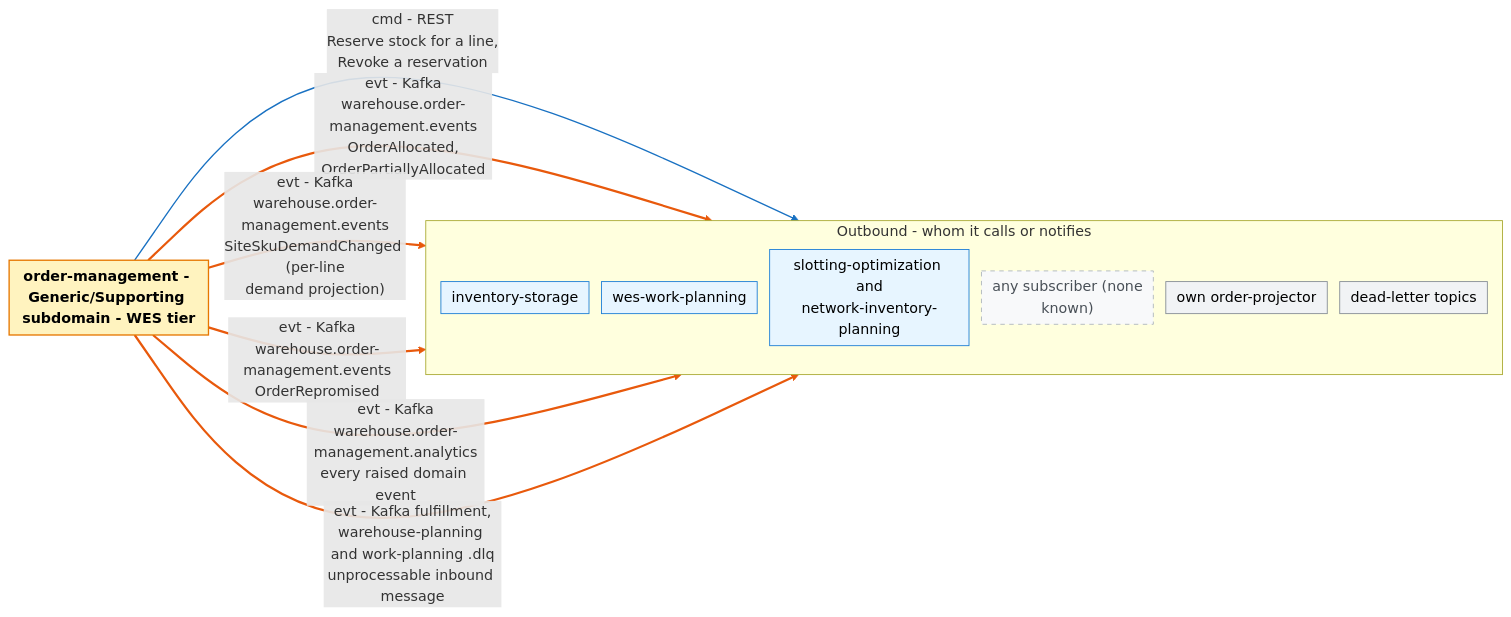
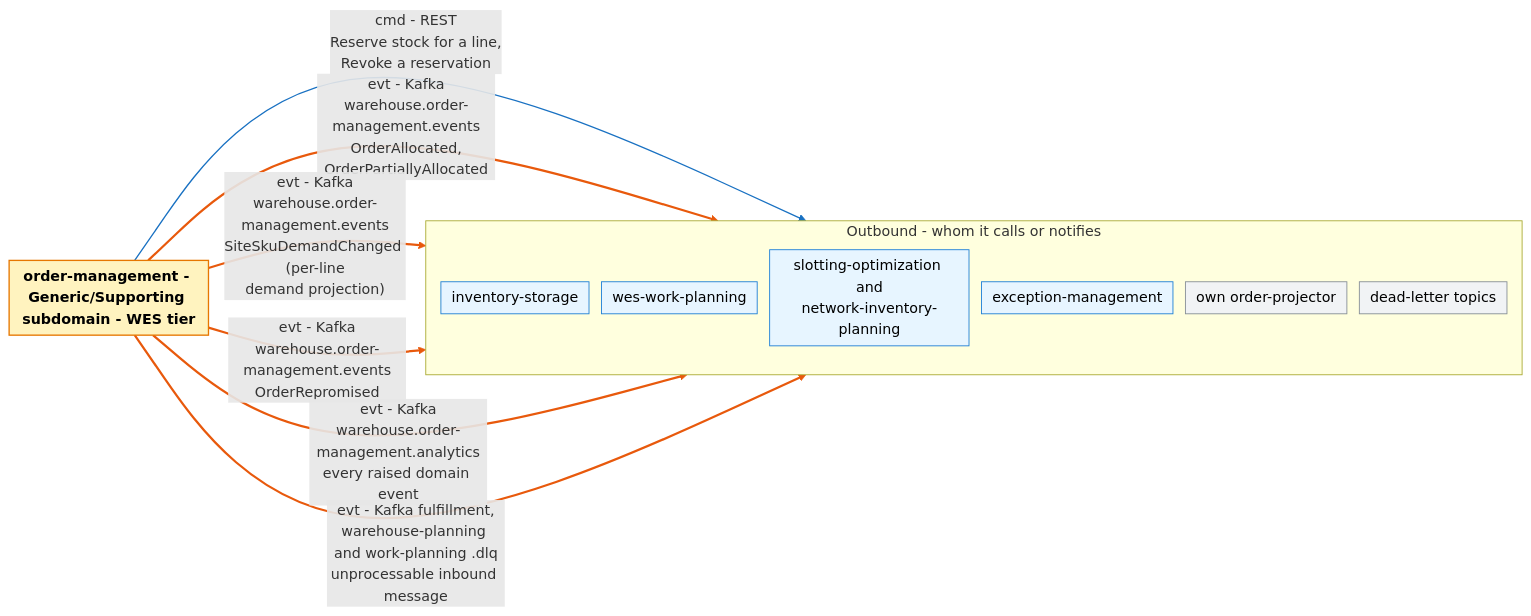
Before and after one commit to IQVO/order-management: the second of 2 diagrams in docs/docs/ddd/bounded-context-canvas.md, drawn with Mermaid. The commit also changed other lines of this file and 9 other files, not shown here.

````diff
--- a/docs/docs/ddd/bounded-context-canvas.md
+++ b/docs/docs/ddd/bounded-context-canvas.md
@@ -89,33 +88,33 @@
 ```mermaid
 %%{init: {"flowchart": {"nodeSpacing": 14, "rankSpacing": 40, "padding": 6}}}%%
 flowchart LR
     classDef bc fill:#fff3bf,stroke:#e67700,stroke-width:1.5px,color:#000
     classDef card fill:#fff9db,stroke:#f08c00,color:#000,text-align:left
     classDef ctx fill:#e7f5ff,stroke:#1c7ed6,color:#000
     classDef actor fill:#fff4e6,stroke:#e8590c,color:#000
     classDef ext fill:#ffe3e3,stroke:#c92a2a,color:#000
     classDef self fill:#f1f3f5,stroke:#868e96,color:#000
     classDef none fill:#f8f9fa,stroke:#adb5bd,stroke-dasharray:5 5,color:#495057
     BC["<b>order-management - Generic/Supporting subdomain - WES tier</b>"]:::bc
     subgraph OUT["Outbound - whom it calls or notifies"]
         direction TB
         out0["inventory-storage"]:::ctx
         out1["wes-work-planning"]:::ctx
         out2["slotting-optimization and<br/>network-inventory-planning"]:::ctx
-        out3["any subscriber (none<br/>known)"]:::none
+        out3["exception-management"]:::ctx
         out4["own order-projector"]:::self
         out5["dead-letter topics"]:::self
     end
     BC -->|"cmd - REST<br/>Reserve stock for a line,<br/>Revoke a reservation"| out0
     BC ==>|"evt - Kafka<br/>warehouse.order-management.events<br/>OrderAllocated,<br/>OrderPartiallyAllocated"| out1
     BC ==>|"evt - Kafka<br/>warehouse.order-management.events<br/>SiteSkuDemandChanged (per-line<br/>demand projection)"| out2
     BC ==>|"evt - Kafka<br/>warehouse.order-management.events<br/>OrderRepromised"| out3
     BC ==>|"evt - Kafka<br/>warehouse.order-management.analytics<br/>every raised domain event"| out4
     BC ==>|"evt - Kafka fulfillment,<br/>warehouse-planning and work-planning .dlq<br/>unprocessable inbound message"| out5
     linkStyle 0 stroke:#1971c2,stroke-width:1.5px
     linkStyle 1 stroke:#e8590c,stroke-width:2.5px
     linkStyle 2 stroke:#e8590c,stroke-width:2.5px
     linkStyle 3 stroke:#e8590c,stroke-width:2.5px
     linkStyle 4 stroke:#e8590c,stroke-width:2.5px
     linkStyle 5 stroke:#e8590c,stroke-width:2.5px
 ```
````
